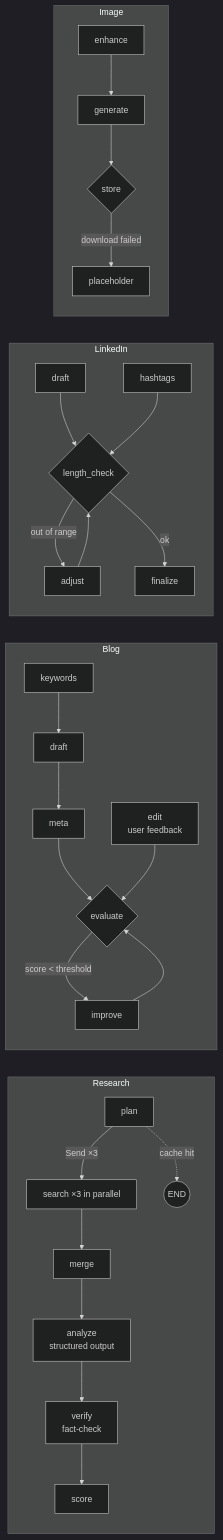
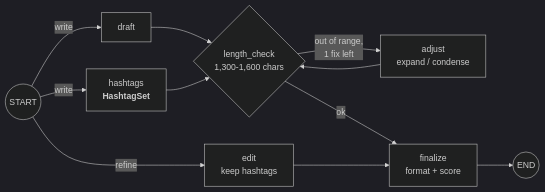
The ninth of 15 diagrams in docs/architecture.md (prasannakoppolu/contentblitz-ai-assistant), drawn with Mermaid (dark theme) before and after one commit. The commit also changed other lines of this file and 25 other files, not shown here.

First line of the commit message:
Update architecture diagrams (C4 levels) and add ADRs

````diff
--- a/docs/architecture.md
+++ b/docs/architecture.md
@@ -85,22 +212,8 @@
 ```mermaid
 flowchart LR
-    subgraph Research
-      rp[plan] -->|Send ×3| rs[search ×3 in parallel] --> rm[merge] --> ra[analyze<br/>structured output] --> rv[verify<br/>fact-check] --> rsc[score]
-      rp -.cache hit.-> rend((END))
-    end
-    subgraph Blog
-      bk[keywords] --> bd[draft] --> bm[meta] --> be{evaluate}
-      bed[edit<br/>user feedback] --> be
-      be -- score < threshold --> bi[improve] --> be
-    end
-    subgraph LinkedIn
-      ld[draft] --> lc{length_check}
-      lh[hashtags] --> lc
-      lc -- out of range --> la[adjust] --> lc
-      lc -- ok --> lf[finalize]
-    end
-    subgraph Image
-      ie[enhance] --> ig[generate] --> ist{store}
-      ist -- download failed --> ip[placeholder]
-    end
+    s((START)) -- write --> d["draft"] & h["hashtags<br/><b>HashtagSet</b>"]
+    d & h --> lc{"length_check<br/>1,300-1,600 chars"}
+    lc -- "out of range,<br/>1 fix left" --> adj["adjust<br/>expand / condense"] --> lc
+    lc -- ok --> fin["finalize<br/>format + score"] --> e((END))
+    s -- refine --> edit["edit<br/>keep hashtags"] --> fin
 ```
````
